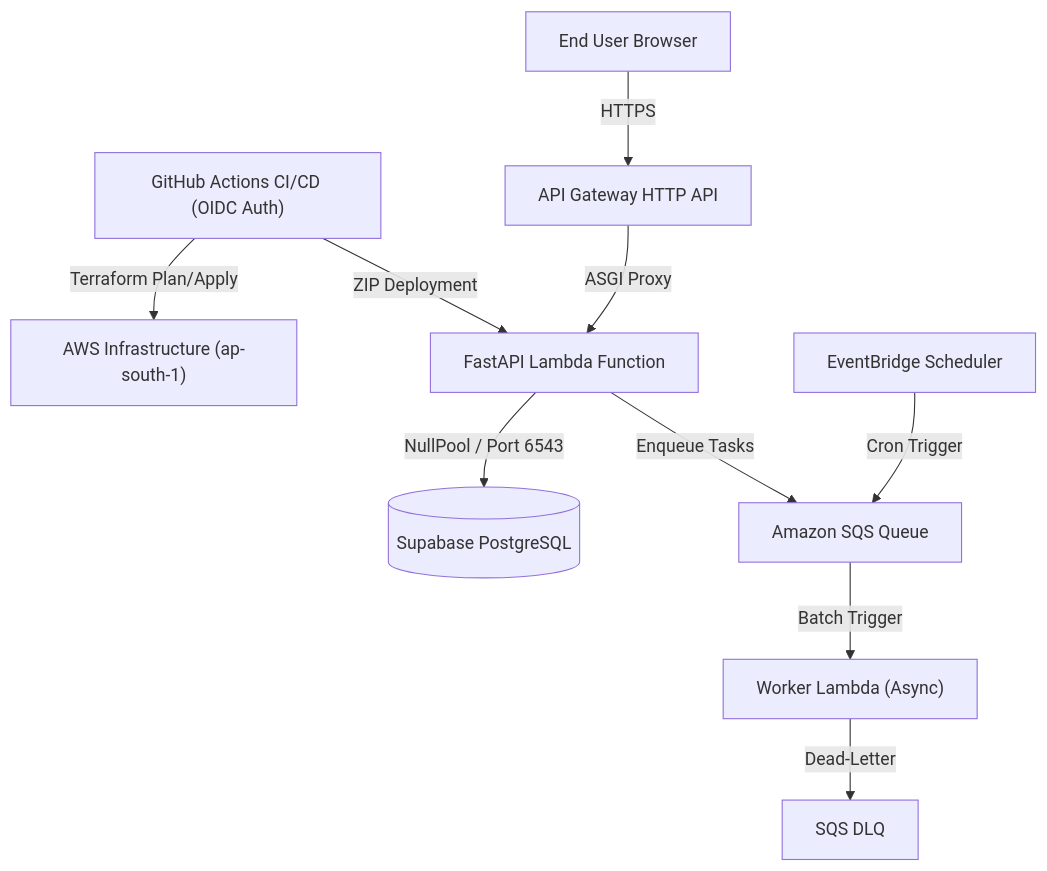
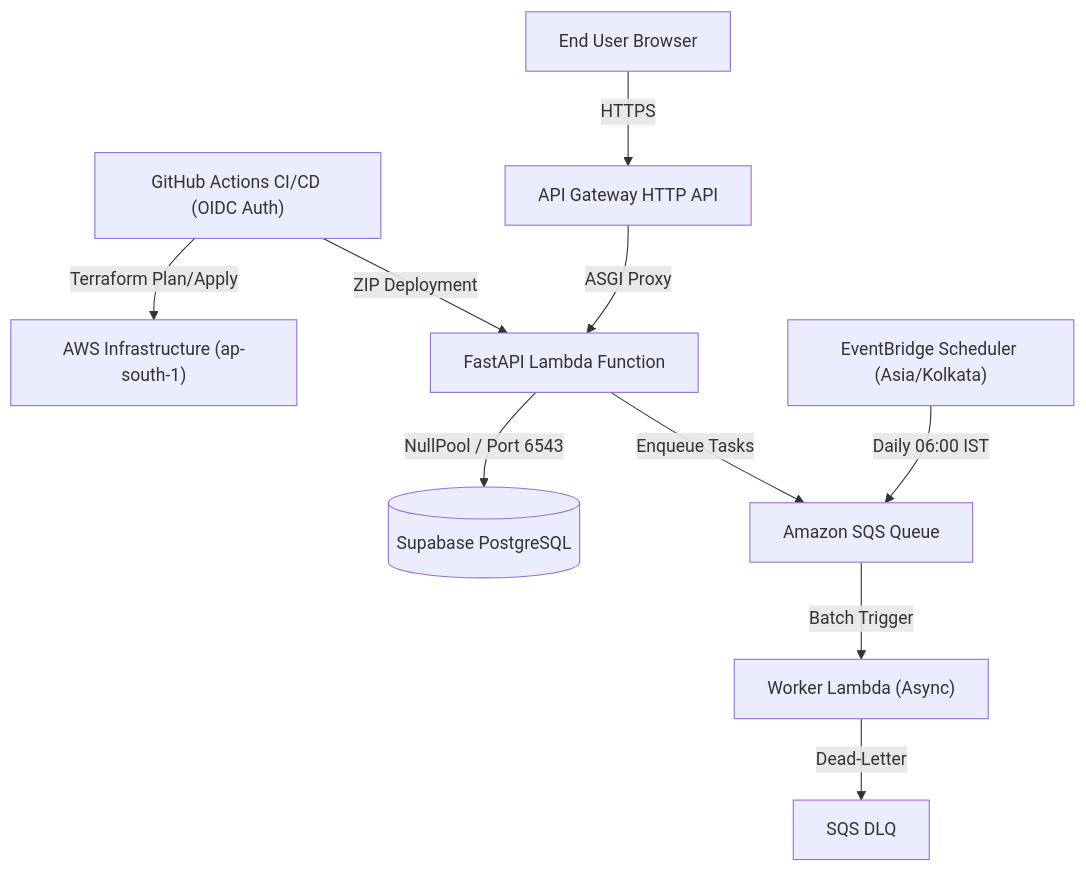
The diagram in docs/DEPLOYMENT.md (shubhojit-mitra-dev/ai-job-agent), drawn with Mermaid before and after one commit. The commit also changed other lines of this file and 2 other files, not shown here.

Commit message:
docs(architecture): update SQS visibility timeout, EventBridge Asia/Kolkata timezone, and S3 state locking

````diff
--- a/docs/DEPLOYMENT.md
+++ b/docs/DEPLOYMENT.md
@@ -14,13 +14,13 @@
 ```mermaid
 flowchart TD
     GitHub["GitHub Actions CI/CD (OIDC Auth)"] -->|Terraform Plan/Apply| AWSInfra["AWS Infrastructure (ap-south-1)"]
     GitHub -->|ZIP Deployment| Lambda["FastAPI Lambda Function"]
     
     User["End User Browser"] -->|HTTPS| APIGW["API Gateway HTTP API"]
     APIGW -->|ASGI Proxy| Lambda
     Lambda -->|NullPool / Port 6543| Supabase[("Supabase PostgreSQL")]
     Lambda -->|Enqueue Tasks| SQS["Amazon SQS Queue"]
-    EventBridge["EventBridge Scheduler"] -->|Cron Trigger| SQS
+    EventBridge["EventBridge Scheduler (Asia/Kolkata)"] -->|Daily 06:00 IST| SQS
     SQS -->|Batch Trigger| WorkerLambda["Worker Lambda (Async)"]
     WorkerLambda -->|Dead-Letter| DLQ["SQS DLQ"]
 ```
````
